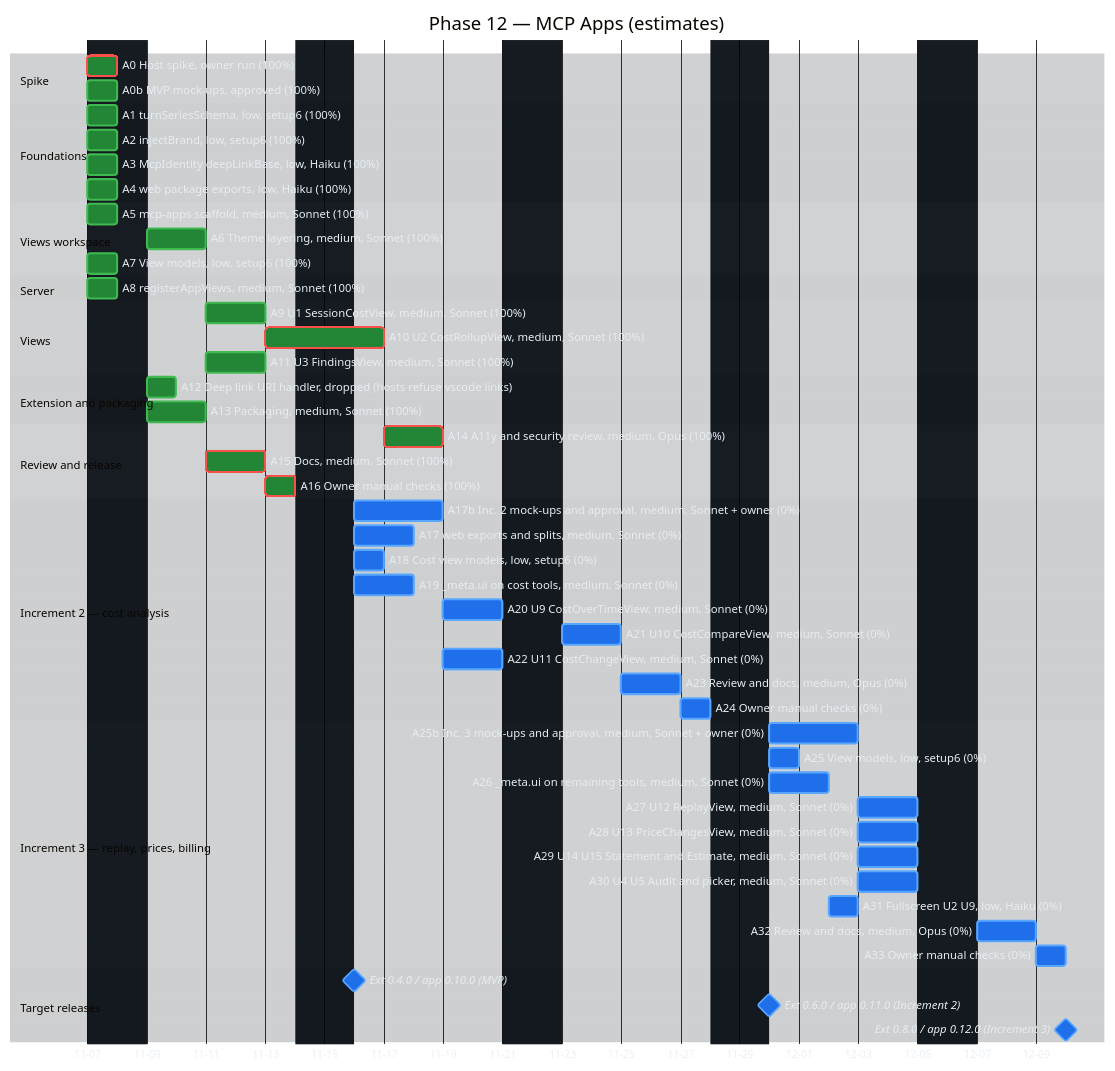
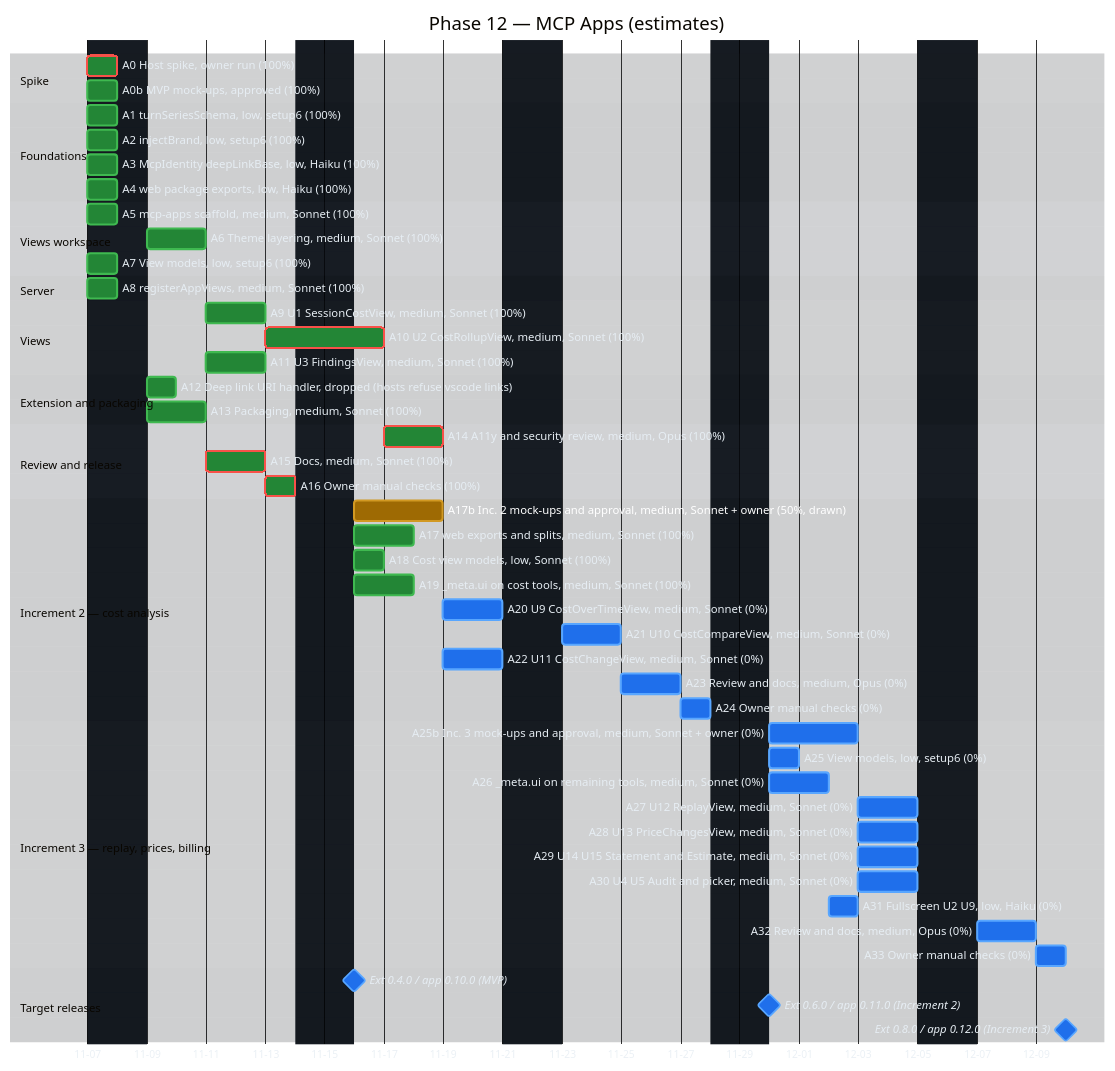
Before and after one commit to raulkivi/agent-cost-analyzer: the second of 2 diagrams in docs/implementation-plan-gantt.md, drawn with Mermaid. The commit also changed other lines of this file and 2 other files, not shown here.

Commit message:
docs: Phase 12 Increment 2 wave 1 status (A17, A18, A19 done; A17b drawn)

```diff
--- a/docs/implementation-plan-gantt.md
+++ b/docs/implementation-plan-gantt.md
@@ -188,10 +188,10 @@
     A16 Owner manual checks (100%)               :crit, done, a16, after a15, 1d
 
     section Increment 2 — cost analysis
-    A17b Inc. 2 mock-ups and approval, medium, Sonnet + owner (0%) :a17b, after a16, 3d
-    A17 web exports and splits, medium, Sonnet (0%) :a17, after a16, 2d
-    A18 Cost view models, low, setup6 (0%)       :a18, after a16, 1d
-    A19 _meta.ui on cost tools, medium, Sonnet (0%) :a19, after a16, 2d
+    A17b Inc. 2 mock-ups and approval, medium, Sonnet + owner (50%, drawn) :active, a17b, after a16, 3d
+    A17 web exports and splits, medium, Sonnet (100%) :done, a17, after a16, 2d
+    A18 Cost view models, low, Sonnet (100%)      :done, a18, after a16, 1d
+    A19 _meta.ui on cost tools, medium, Sonnet (100%) :done, a19, after a16, 2d
     A20 U9 CostOverTimeView, medium, Sonnet (0%) :a20, after a17 a17b a18 a19, 2d
     A21 U10 CostCompareView, medium, Sonnet (0%) :a21, after a20, 2d
     A22 U11 CostChangeView, medium, Sonnet (0%)  :a22, after a17 a17b a18 a19, 2d
```
